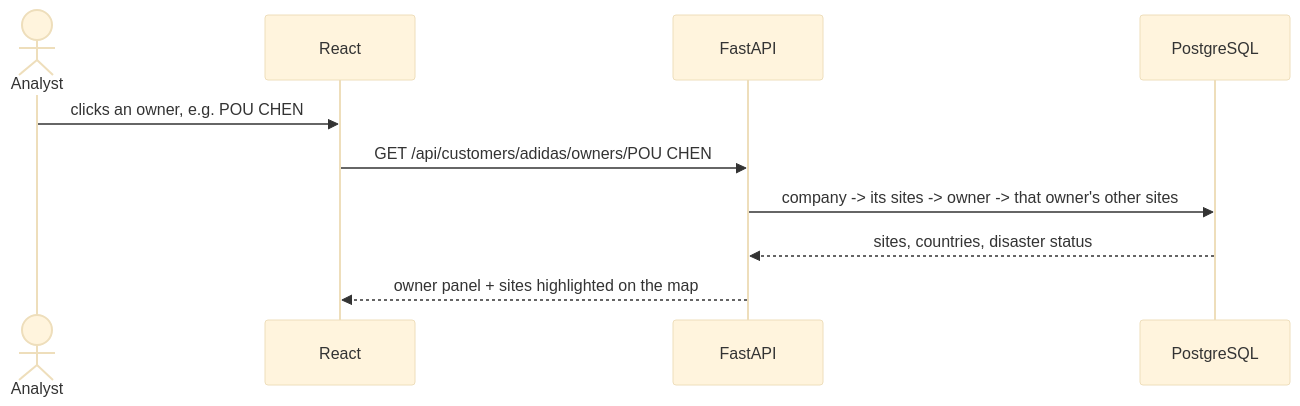
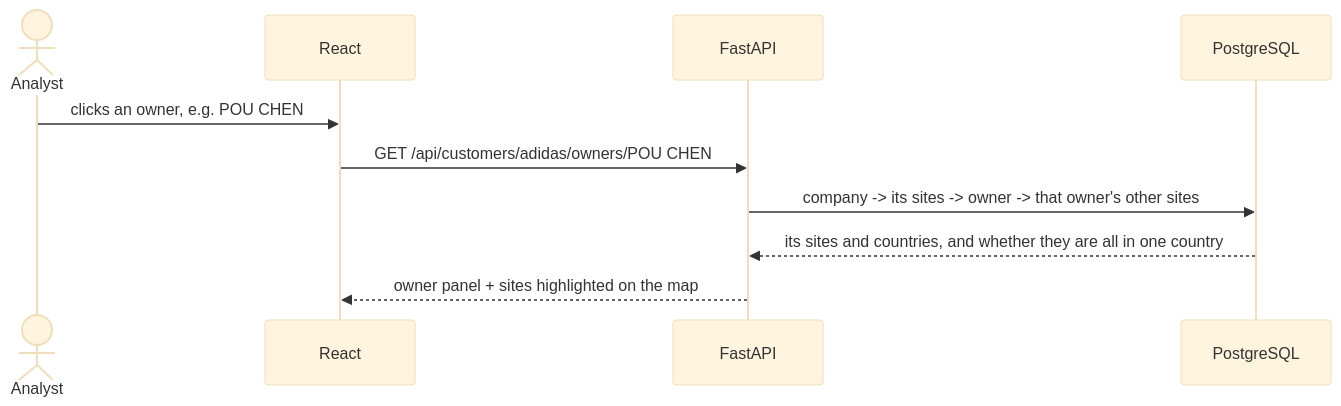
Before and after one commit to abhifourkites/geo-risk.ai: the fourth of 4 diagrams in docs/architecture/ARCHITECTURE.md, drawn with Mermaid (base theme).

Commit message:
MDM-3: ARCHITECTURE owner diagram: reply label matches the owner endpoint
The owner endpoint returns the owner's sites and countries and whether they
are all in one country, not a disaster status.

Generated with Claude Code

````diff
--- a/docs/architecture/ARCHITECTURE.md
+++ b/docs/architecture/ARCHITECTURE.md
@@ -138,12 +138,12 @@
 ```mermaid
 sequenceDiagram
   actor U as Analyst
   participant UI as React
   participant API as FastAPI
   participant DB as PostgreSQL
   U->>UI: clicks an owner, e.g. POU CHEN
   UI->>API: GET /api/customers/adidas/owners/POU CHEN
   API->>DB: company -> its sites -> owner -> that owner's other sites
-  DB-->>API: sites, countries, disaster status
+  DB-->>API: its sites and countries, and whether they are all in one country
   API-->>UI: owner panel + sites highlighted on the map
 ```
````
